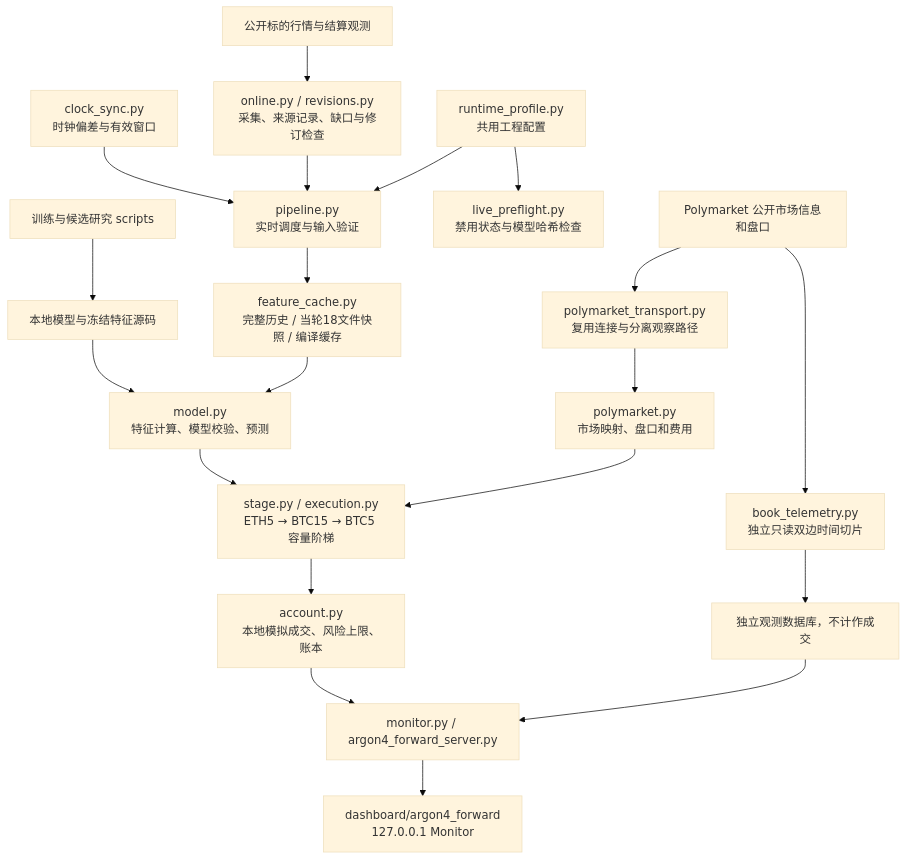
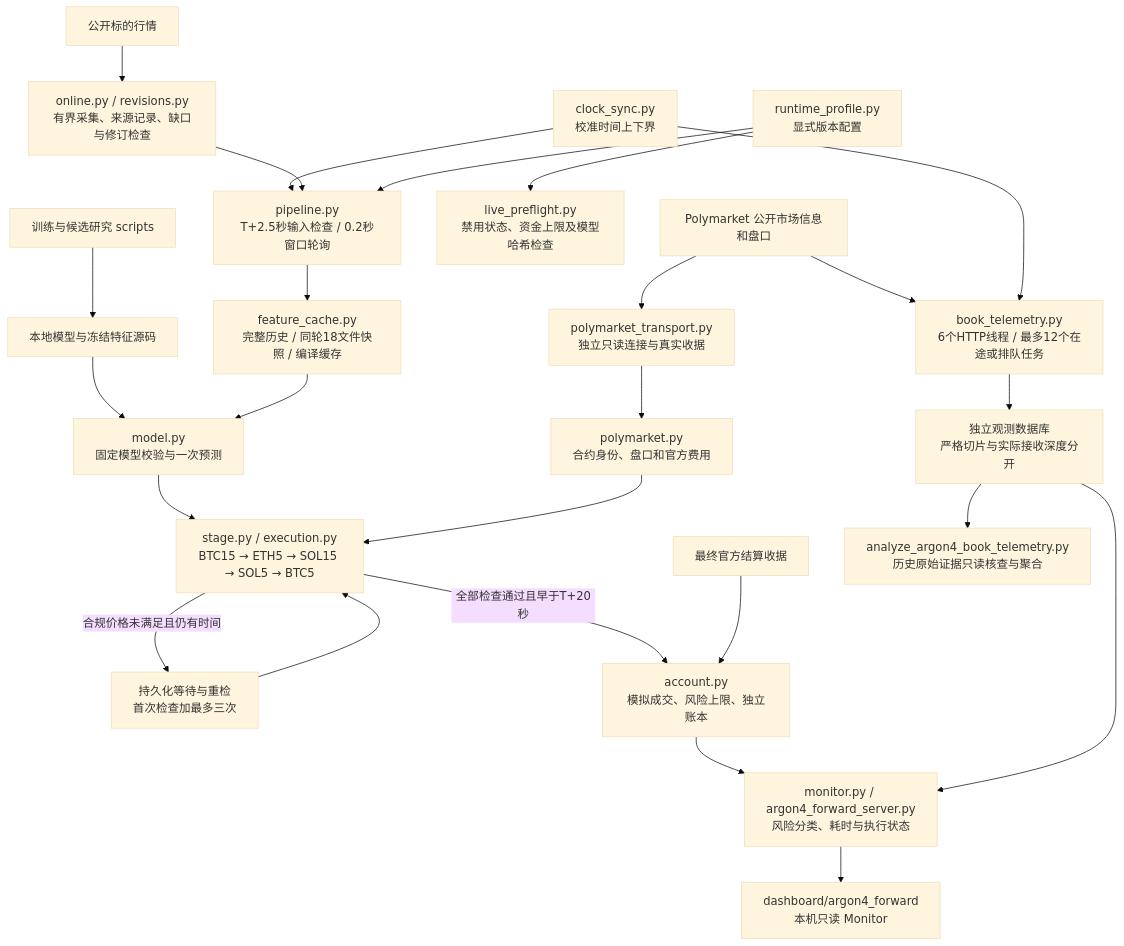
The diagram in docs/ARCHITECTURE.md (liuqi6776/cropto-pre-system), drawn with Mermaid (base theme) before and after one commit. The commit also changed other lines of this file and 24 other files, not shown here.

````diff
--- a/docs/ARCHITECTURE.md
+++ b/docs/ARCHITECTURE.md
@@ -3,22 +3,27 @@
 ```mermaid
 flowchart TD
-    B[公开标的行情与结算观测] --> O["online.py / revisions.py<br/>采集、来源记录、缺口与修订检查"]
-    P[Polymarket 公开市场信息和盘口] --> T["polymarket_transport.py<br/>复用连接与分离观察路径"]
-    T --> PM["polymarket.py<br/>市场映射、盘口和费用"]
-    C["clock_sync.py<br/>时钟偏差与有效窗口"] --> PL["pipeline.py<br/>实时调度与输入验证"]
+    B[公开标的行情] --> O["online.py / revisions.py<br/>有界采集、来源记录、缺口与修订检查"]
+    C["clock_sync.py<br/>校准时间上下界"] --> PL["pipeline.py<br/>T+2.5秒输入检查 / 0.2秒窗口轮询"]
     O --> PL
-    M[本地模型与冻结特征源码] --> MOD["model.py<br/>特征计算、模型校验、预测"]
-    PL --> FC["feature_cache.py<br/>完整历史 / 当轮18文件快照 / 编译缓存"]
+    PL --> FC["feature_cache.py<br/>完整历史 / 同轮18文件快照 / 编译缓存"]
+    M[本地模型与冻结特征源码] --> MOD["model.py<br/>固定模型校验与一次预测"]
     FC --> MOD
-    MOD --> S["stage.py / execution.py<br/>ETH5 → BTC15 → BTC5 容量阶梯"]
+    MOD --> S["stage.py / execution.py<br/>BTC15 → ETH5 → SOL15 → SOL5 → BTC5"]
+    P[Polymarket 公开市场信息和盘口] --> T["polymarket_transport.py<br/>独立只读连接与真实收据"]
+    T --> PM["polymarket.py<br/>合约身份、盘口和官方费用"]
     PM --> S
-    S --> A["account.py<br/>本地模拟成交、风险上限、账本"]
-    A --> MON["monitor.py / argon4_forward_server.py"]
-    MON --> UI["dashboard/argon4_forward<br/>127.0.0.1 Monitor"]
-    P --> BT["book_telemetry.py<br/>独立只读双边时间切片"]
-    BT --> BD[独立观测数据库，不计作成交]
+    S -->|合规价格未满足且仍有时间| R["持久化等待与重检<br/>首次检查加最多三次"]
+    R --> S
+    S -->|全部检查通过且早于T+20秒| A["account.py<br/>模拟成交、风险上限、独立账本"]
+    RES[最终官方结算收据] --> A
+    A --> MON["monitor.py / argon4_forward_server.py<br/>风险分类、耗时与执行状态"]
+    MON --> UI["dashboard/argon4_forward<br/>本机只读 Monitor"]
+    P --> BT["book_telemetry.py<br/>6个HTTP线程 / 最多12个在途或排队任务"]
+    C --> BT
+    BT --> BD["独立观测数据库<br/>严格切片与实际接收深度分开"]
     BD --> MON
-    RP["runtime_profile.py<br/>共用工程配置"] --> PL
-    RP --> LP["live_preflight.py<br/>禁用状态与模型哈希检查"]
-    R[训练与候选研究 scripts] --> M
+    BD --> AN["analyze_argon4_book_telemetry.py<br/>历史原始证据只读核查与聚合"]
+    RP["runtime_profile.py<br/>显式版本配置"] --> PL
+    RP --> LP["live_preflight.py<br/>禁用状态、资金上限及模型哈希检查"]
+    TRAIN[训练与候选研究 scripts] --> M
 ```
````
